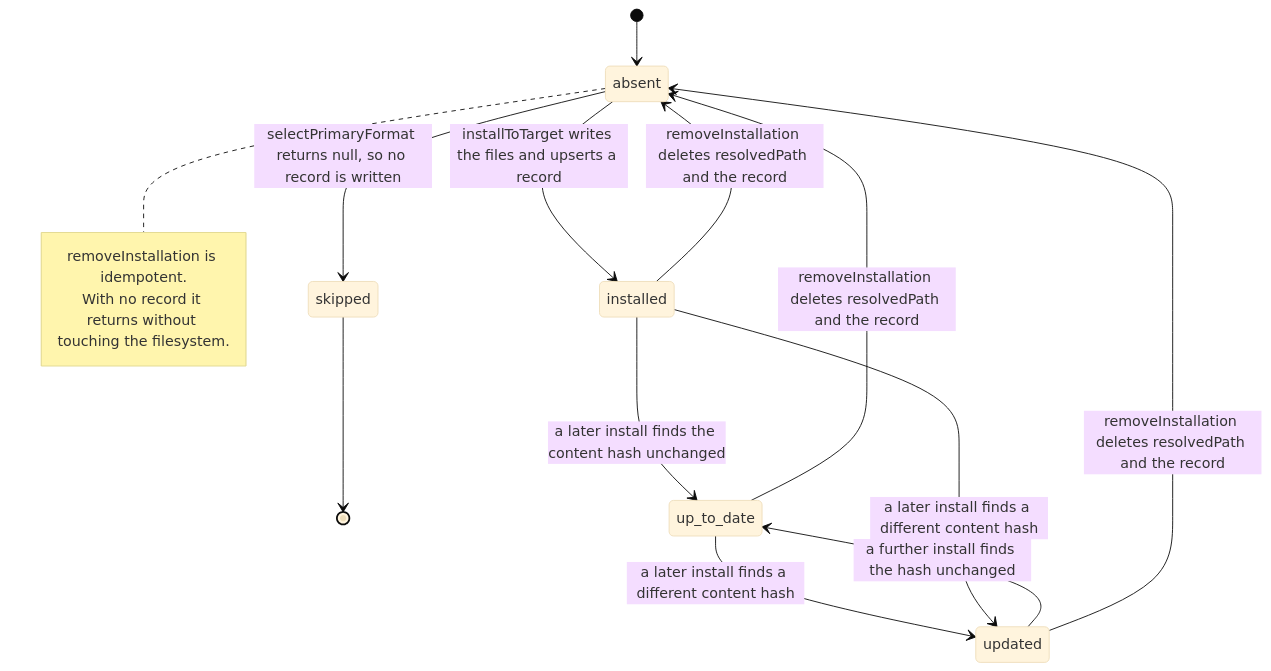
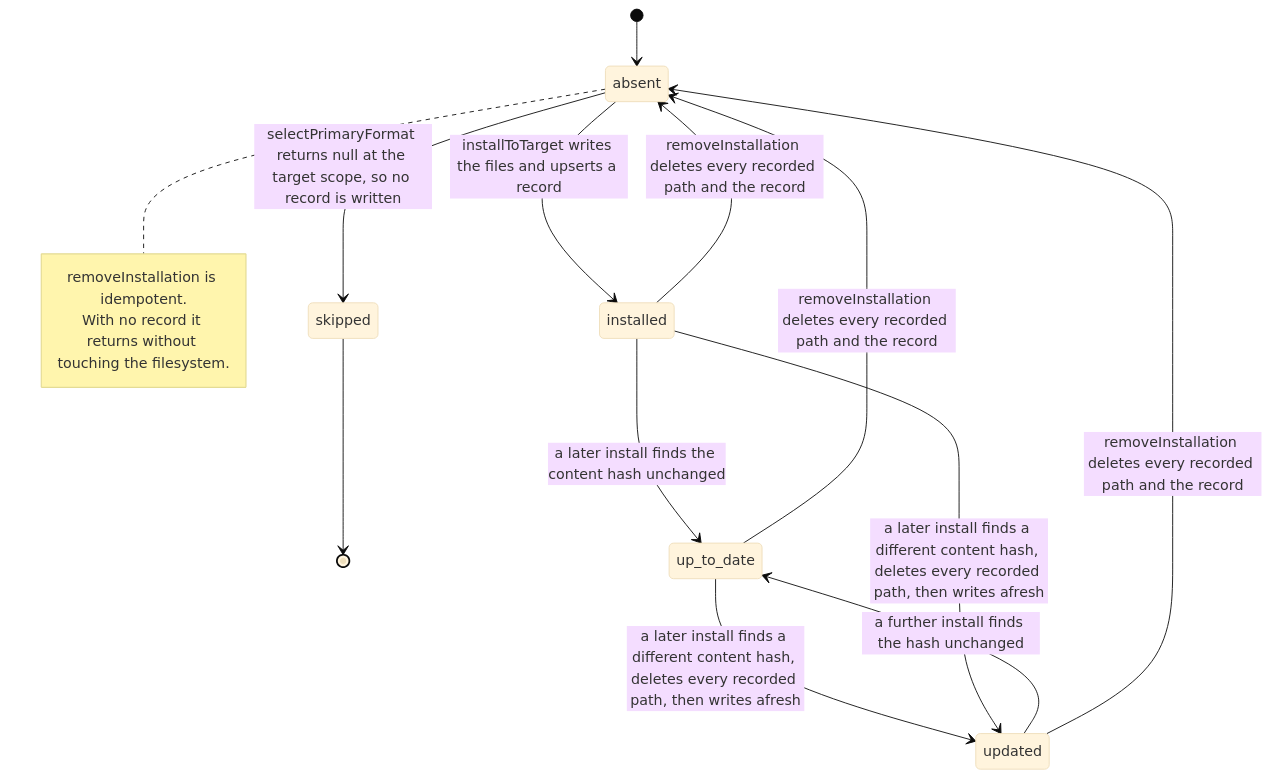
Before and after one commit to FlowChargeApp/flowcharge-archive: diagram 18 of 21 in ARCHITECTURE.md, drawn with Mermaid (base theme). The commit also changed other lines of this file, not shown here.

First line of the commit message:
Review ARCHITECTURE.md after WS-105 and WS-106

````diff
--- a/ARCHITECTURE.md
+++ b/ARCHITECTURE.md
@@ -1566,19 +1573,19 @@
 ```mermaid
 stateDiagram-v2
     [*] --> absent
     absent --> installed: installToTarget writes the files and upserts a record
-    absent --> skipped: selectPrimaryFormat returns null, so no record is written
+    absent --> skipped: selectPrimaryFormat returns null at the target scope, so no record is written
     skipped --> [*]
     installed --> up_to_date: a later install finds the content hash unchanged
-    up_to_date --> updated: a later install finds a different content hash
-    installed --> updated: a later install finds a different content hash
+    up_to_date --> updated: a later install finds a different content hash, deletes every recorded path, then writes afresh
+    installed --> updated: a later install finds a different content hash, deletes every recorded path, then writes afresh
     updated --> up_to_date: a further install finds the hash unchanged
-    installed --> absent: removeInstallation deletes resolvedPath and the record
-    updated --> absent: removeInstallation deletes resolvedPath and the record
-    up_to_date --> absent: removeInstallation deletes resolvedPath and the record
+    installed --> absent: removeInstallation deletes every recorded path and the record
+    updated --> absent: removeInstallation deletes every recorded path and the record
+    up_to_date --> absent: removeInstallation deletes every recorded path and the record
 
     note right of absent
         removeInstallation is idempotent.
         With no record it returns without touching the filesystem.
     end note
 ```
````
